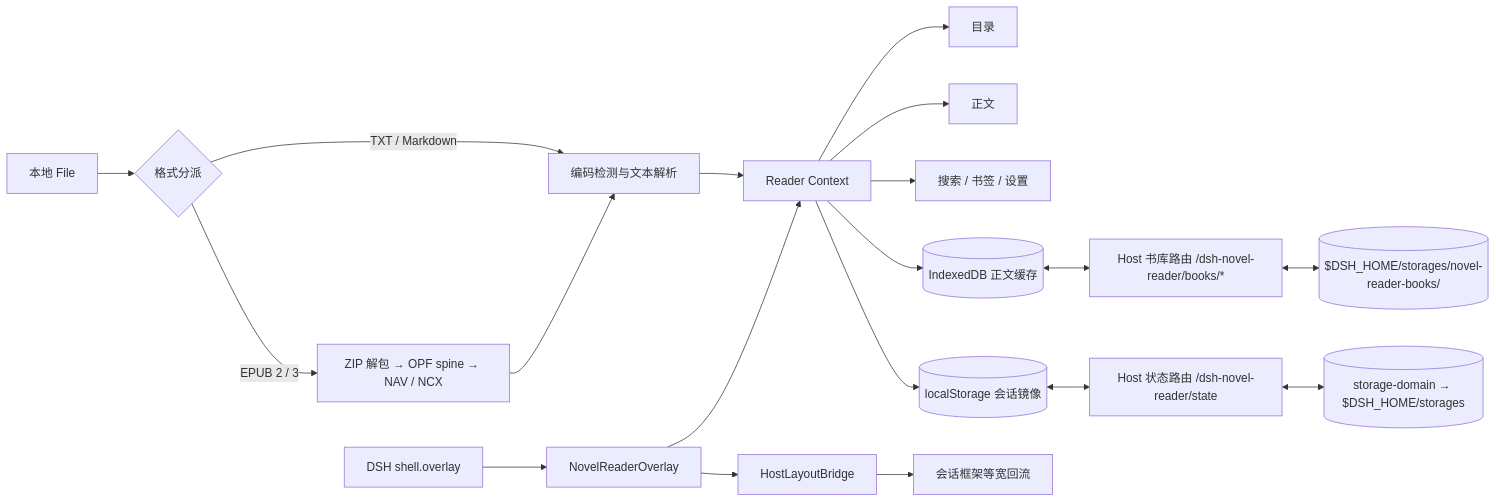
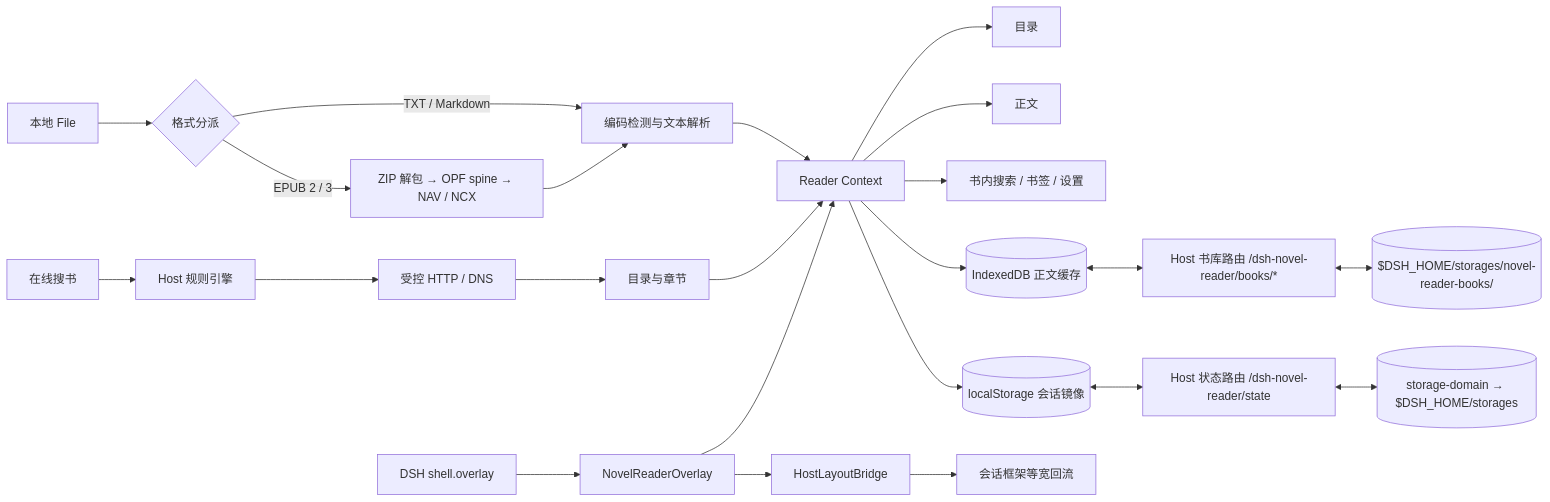
The diagram in README.md (zycode1561/deepseek-novel-reader), drawn with Mermaid before and after one commit. The commit also changed other lines of this file and 28 other files, not shown here.

````diff
--- a/README.md
+++ b/README.md
@@ -21,21 +24,25 @@
 ```mermaid
 flowchart LR
   A[本地 File] --> B{格式分派}
   B -->|TXT / Markdown| C[编码检测与文本解析]
   B -->|EPUB 2 / 3| R[ZIP 解包 → OPF spine → NAV / NCX]
   R --> C
   C --> D[Reader Context]
   D --> E[目录]
   D --> F[正文]
-  D --> G[搜索 / 书签 / 设置]
+  D --> G[书内搜索 / 书签 / 设置]
+  S[在线搜书] --> T[Host 规则引擎]
+  T --> U[受控 HTTP / DNS]
+  U --> V[目录与章节]
+  V --> D
   D --> H[(IndexedDB 正文缓存)]
   D --> I[(localStorage 会话镜像)]
   H <--> J[Host 书库路由 /dsh-novel-reader/books/*]
   I <--> K[Host 状态路由 /dsh-novel-reader/state]
   J <--> L[($DSH_HOME/storages/novel-reader-books/)]
   K <--> M[(storage-domain → $DSH_HOME/storages)]
   N[DSH shell.overlay] --> O[NovelReaderOverlay]
   O --> P[HostLayoutBridge]
   P --> Q[会话框架等宽回流]
   O --> D
 ```
````
